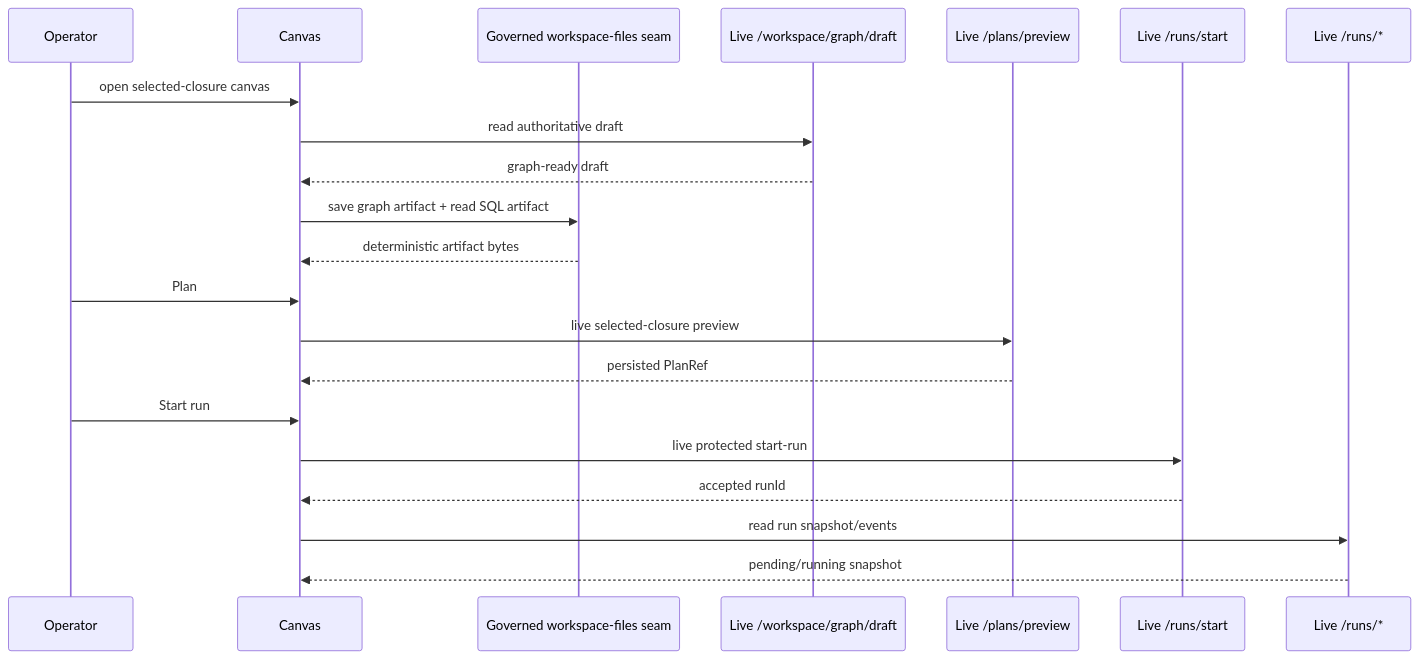
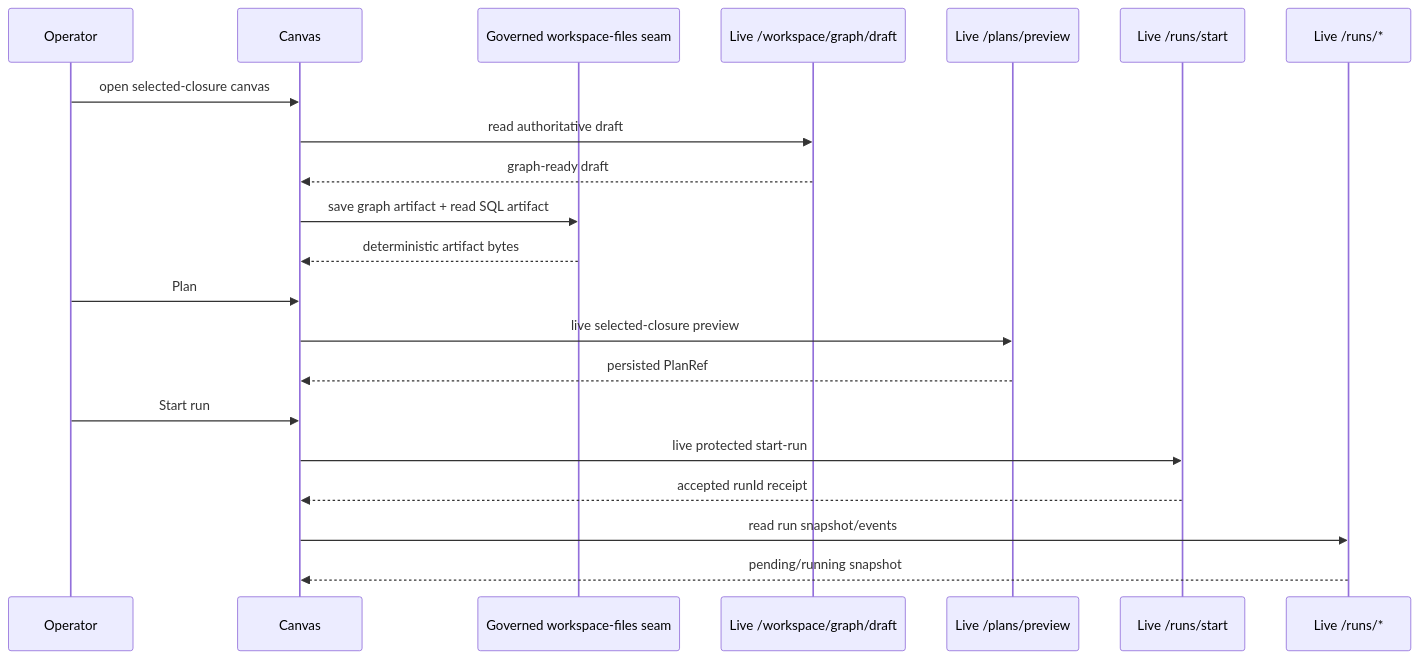
One commit to dunay2/dvt changed the fifth of 5 diagrams in docs/architecture/components/web/graph/canvas-execution-selection-component.md. Above: the diagram before and after it, drawn with Mermaid. The commit also changed other lines of this file and 33 other files, not shown here.

````diff
--- a/docs/architecture/components/web/graph/canvas-execution-selection-component.md
+++ b/docs/architecture/components/web/graph/canvas-execution-selection-component.md
@@ -188,24 +192,24 @@
 ```mermaid
 sequenceDiagram
   participant User as Operator
   participant Canvas as Canvas
   participant Files as Governed workspace-files seam
   participant Draft as Live /workspace/graph/draft
   participant Preview as Live /plans/preview
   participant Start as Live /runs/start
   participant Runs as Live /runs/*
 
   User->>Canvas: open selected-closure canvas
   Canvas->>Draft: read authoritative draft
   Draft-->>Canvas: graph-ready draft
   Canvas->>Files: save graph artifact + read SQL artifact
   Files-->>Canvas: deterministic artifact bytes
   User->>Canvas: Plan
   Canvas->>Preview: live selected-closure preview
   Preview-->>Canvas: persisted PlanRef
   User->>Canvas: Start run
   Canvas->>Start: live protected start-run
-  Start-->>Canvas: accepted runId
+  Start-->>Canvas: accepted runId receipt
   Canvas->>Runs: read run snapshot/events
   Runs-->>Canvas: pending/running snapshot
 ```
````
